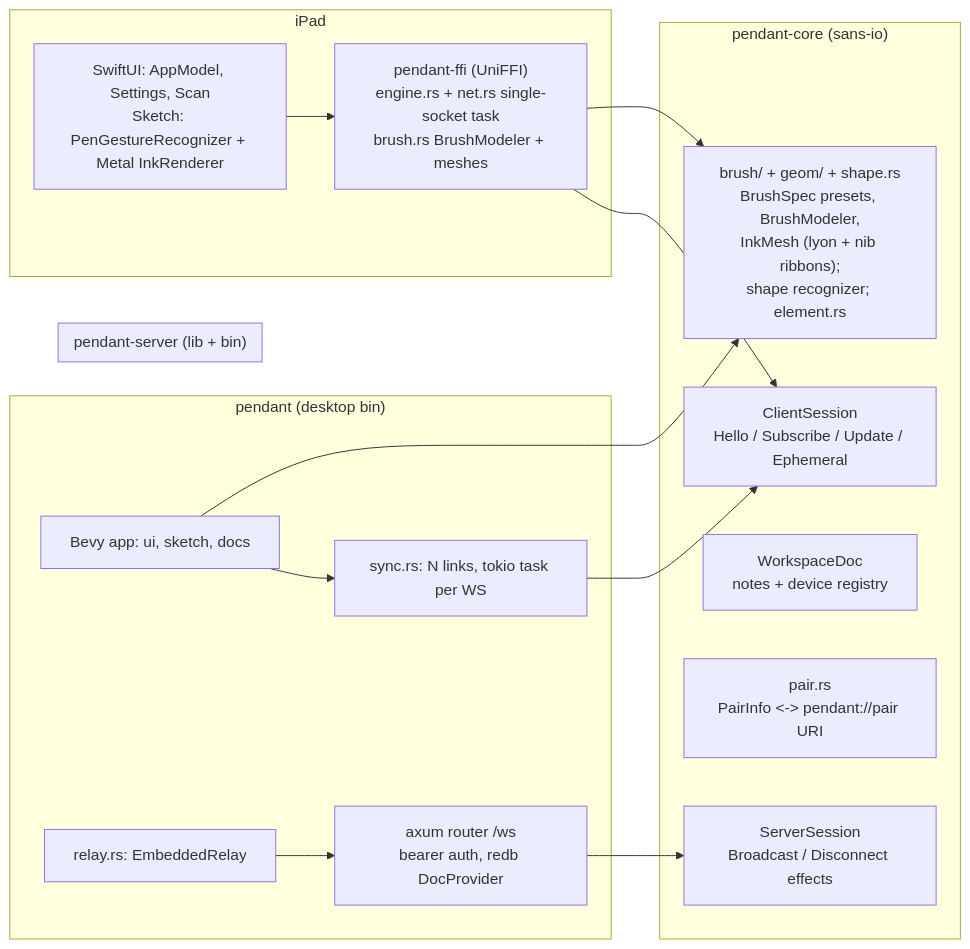
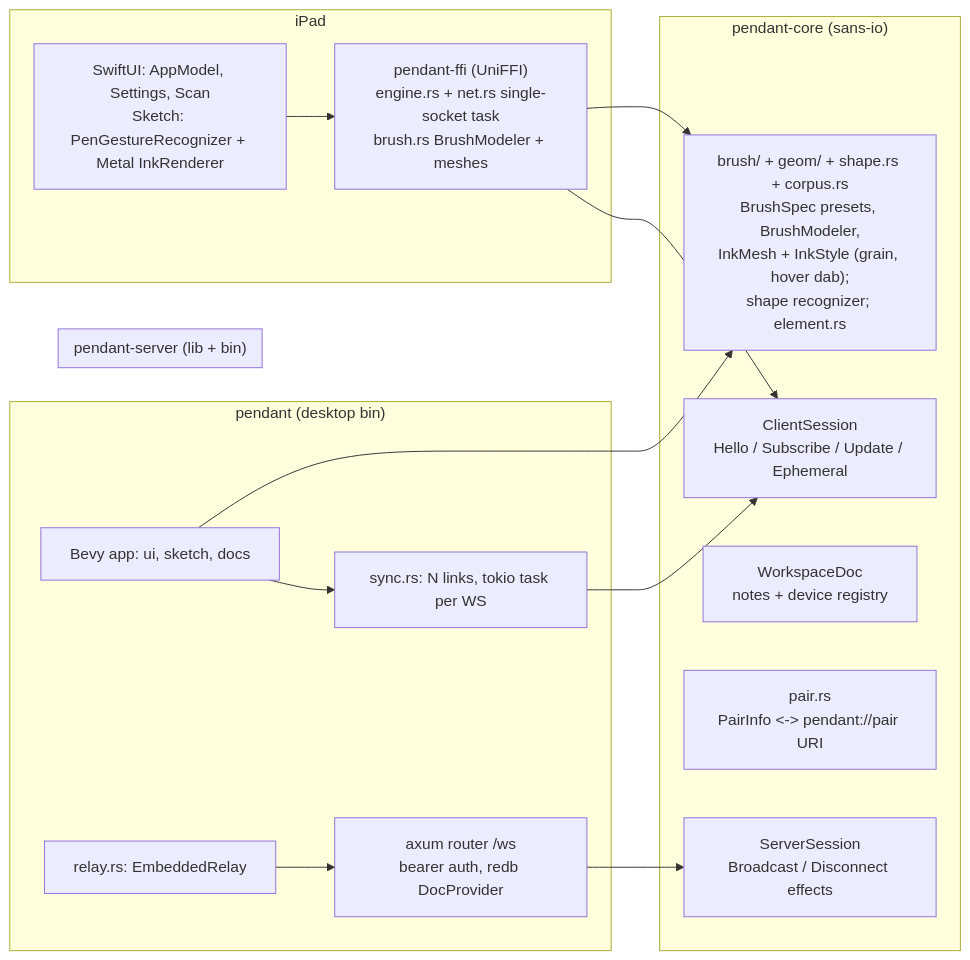
The fourth of 4 diagrams in docs/architecture.md (uttarayan21/krabink), drawn with Mermaid before and after one commit. The commit also changed 3 other files, not shown here.

First line of the commit message:
feat(desktop): grain in the ink style buffer; P2 notes

````diff
--- a/docs/architecture.md
+++ b/docs/architecture.md
@@ -113,28 +113,28 @@
 ```mermaid
 flowchart LR
     subgraph core["pendant-core (sans-io)"]
         CS["ClientSession\nHello / Subscribe / Update / Ephemeral"]
         SS["ServerSession\nBroadcast / Disconnect effects"]
         WS["WorkspaceDoc\nnotes + device registry"]
         PAIR["pair.rs\nPairInfo <-> pendant://pair URI"]
-        INK["brush/ + geom/ + shape.rs\nBrushSpec presets, BrushModeler,\nInkMesh (lyon + nib ribbons);\nshape recognizer; element.rs"]
+        INK["brush/ + geom/ + shape.rs + corpus.rs\nBrushSpec presets, BrushModeler,\nInkMesh + InkStyle (grain, hover dab);\nshape recognizer; element.rs"]
     end
     subgraph desktop["pendant (desktop bin)"]
         BEVY["Bevy app: ui, sketch, docs"]
         SYNC["sync.rs: N links, tokio task per WS"]
         RELAY["relay.rs: EmbeddedRelay"]
         BEVY --> SYNC --> CS
         BEVY --> INK
         RELAY --> SRV
     end
     subgraph server["pendant-server (lib + bin)"]
         SRV["axum router /ws\nbearer auth, redb DocProvider"]
         SRV --> SS
     end
     subgraph ios["iPad"]
         SWIFT["SwiftUI: AppModel, Settings, Scan\nSketch: PenGestureRecognizer + Metal InkRenderer"]
         FFI["pendant-ffi (UniFFI)\nengine.rs + net.rs single-socket task\nbrush.rs BrushModeler + meshes"]
         SWIFT --> FFI --> CS
         FFI --> INK
     end
 ```
````
